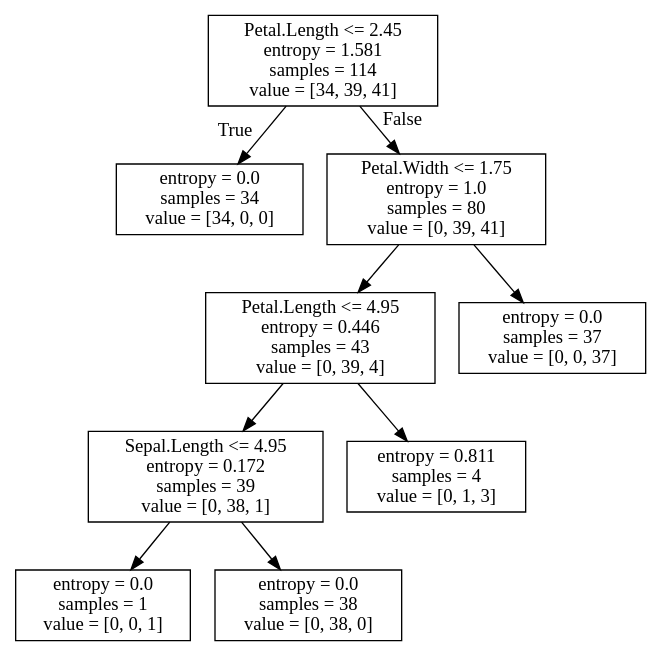
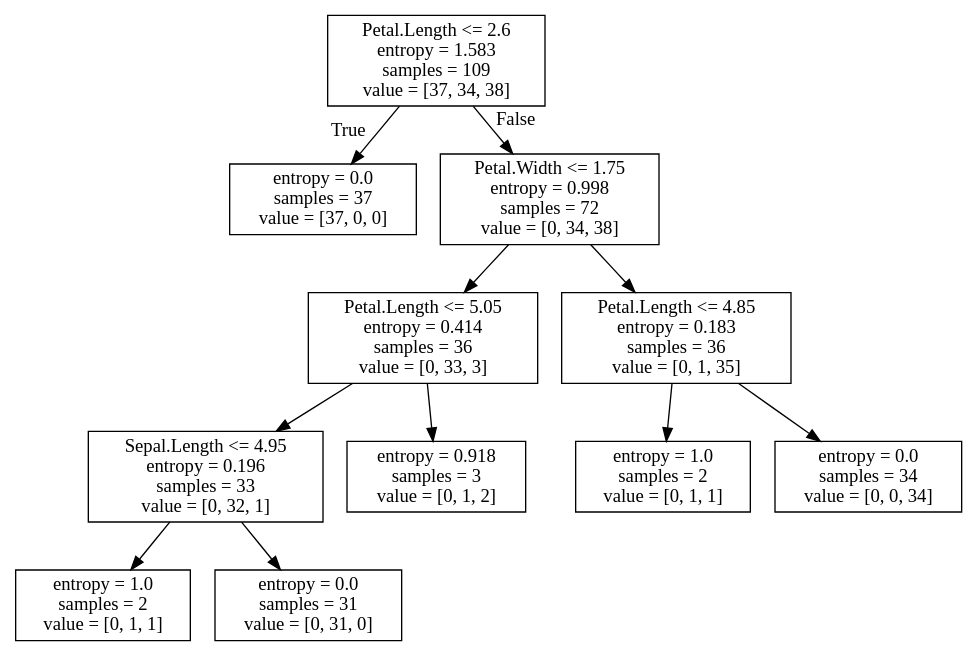
The diagram in notebooks/resources/iris_dtree.dot (AlexCoRa/Curso-ML-Python), drawn with Graphviz before and after one commit. The commit also changed 4 other files, not shown here.

```diff
--- a/notebooks/resources/iris_dtree.dot
+++ b/notebooks/resources/iris_dtree.dot
@@ -1,20 +1,24 @@
 digraph Tree {
 node [shape=box] ;
-0 [label="Petal.Length <= 2.45\nentropy = 1.581\nsamples = 114\nvalue = [34, 39, 41]"] ;
-1 [label="entropy = 0.0\nsamples = 34\nvalue = [34, 0, 0]"] ;
+0 [label="Petal.Length <= 2.6\nentropy = 1.583\nsamples = 109\nvalue = [37, 34, 38]"] ;
+1 [label="entropy = 0.0\nsamples = 37\nvalue = [37, 0, 0]"] ;
 0 -> 1 [labeldistance=2.5, labelangle=45, headlabel="True"] ;
-2 [label="Petal.Width <= 1.75\nentropy = 1.0\nsamples = 80\nvalue = [0, 39, 41]"] ;
+2 [label="Petal.Width <= 1.75\nentropy = 0.998\nsamples = 72\nvalue = [0, 34, 38]"] ;
 0 -> 2 [labeldistance=2.5, labelangle=-45, headlabel="False"] ;
-3 [label="Petal.Length <= 4.95\nentropy = 0.446\nsamples = 43\nvalue = [0, 39, 4]"] ;
+3 [label="Petal.Length <= 5.05\nentropy = 0.414\nsamples = 36\nvalue = [0, 33, 3]"] ;
 2 -> 3 ;
-4 [label="Sepal.Length <= 4.95\nentropy = 0.172\nsamples = 39\nvalue = [0, 38, 1]"] ;
+4 [label="Sepal.Length <= 4.95\nentropy = 0.196\nsamples = 33\nvalue = [0, 32, 1]"] ;
 3 -> 4 ;
-5 [label="entropy = 0.0\nsamples = 1\nvalue = [0, 0, 1]"] ;
+5 [label="entropy = 1.0\nsamples = 2\nvalue = [0, 1, 1]"] ;
 4 -> 5 ;
-6 [label="entropy = 0.0\nsamples = 38\nvalue = [0, 38, 0]"] ;
+6 [label="entropy = 0.0\nsamples = 31\nvalue = [0, 31, 0]"] ;
 4 -> 6 ;
-7 [label="entropy = 0.811\nsamples = 4\nvalue = [0, 1, 3]"] ;
+7 [label="entropy = 0.918\nsamples = 3\nvalue = [0, 1, 2]"] ;
 3 -> 7 ;
-8 [label="entropy = 0.0\nsamples = 37\nvalue = [0, 0, 37]"] ;
+8 [label="Petal.Length <= 4.85\nentropy = 0.183\nsamples = 36\nvalue = [0, 1, 35]"] ;
 2 -> 8 ;
+9 [label="entropy = 1.0\nsamples = 2\nvalue = [0, 1, 1]"] ;
+8 -> 9 ;
+10 [label="entropy = 0.0\nsamples = 34\nvalue = [0, 0, 34]"] ;
+8 -> 10 ;
 }
```
